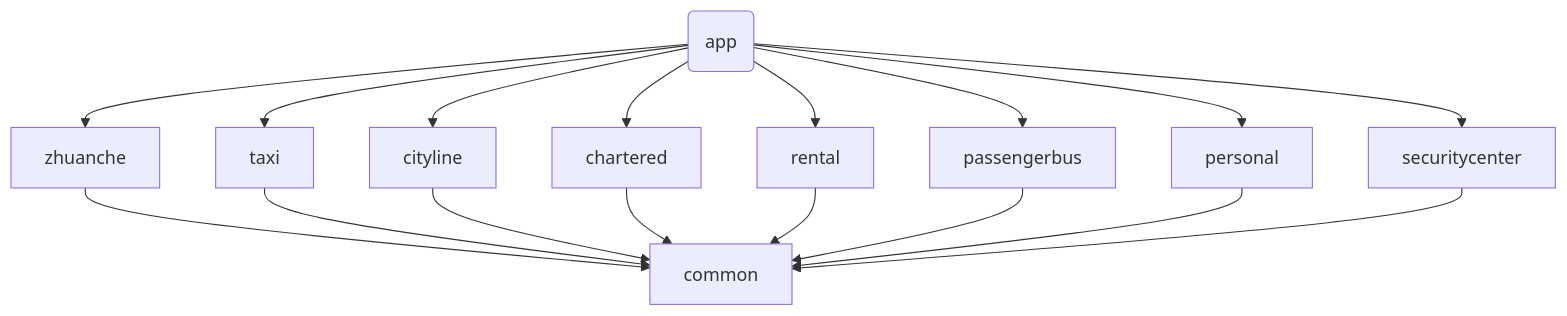
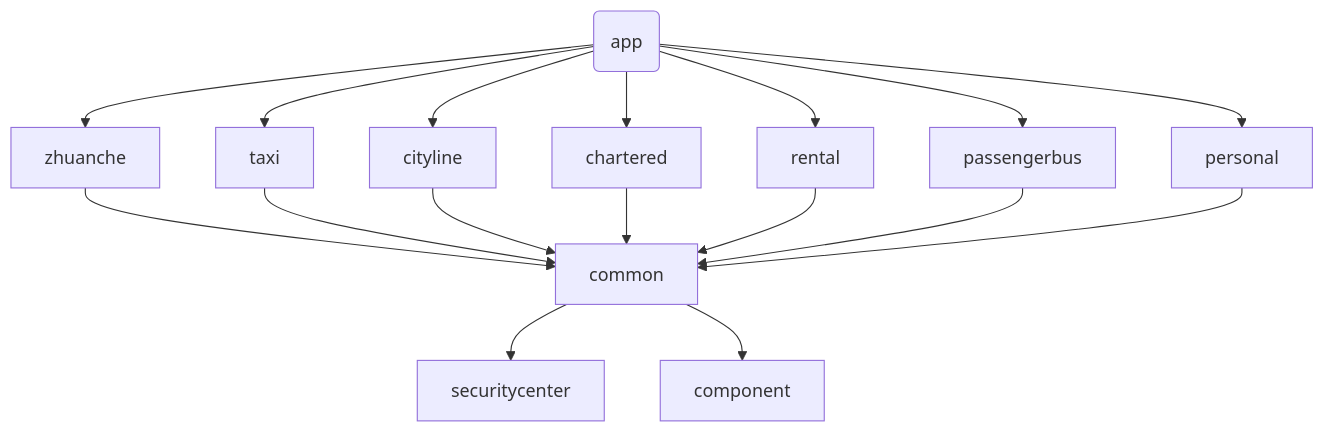
One commit to moutainhigh/driver changed the diagram in README.md. Above: the diagram before and after it, drawn with Mermaid.

````diff
--- a/README.md
+++ b/README.md
@@ -21,19 +21,19 @@
 ```mermaid
    graph TD
       id4(app) --> zhuanche
       id4(app) --> taxi
       id4(app) --> cityline
       id4(app) --> chartered
       id4(app) --> rental
       id4(app) --> passengerbus
       id4(app) --> personal
-      id4(app) --> securitycenter
       zhuanche --> common
       taxi --> common
       cityline --> common
       chartered --> common
       rental --> common
       passengerbus --> common
       personal --> common
-      securitycenter --> common
+      common --> securitycenter
+      common --> component
 ```
````
